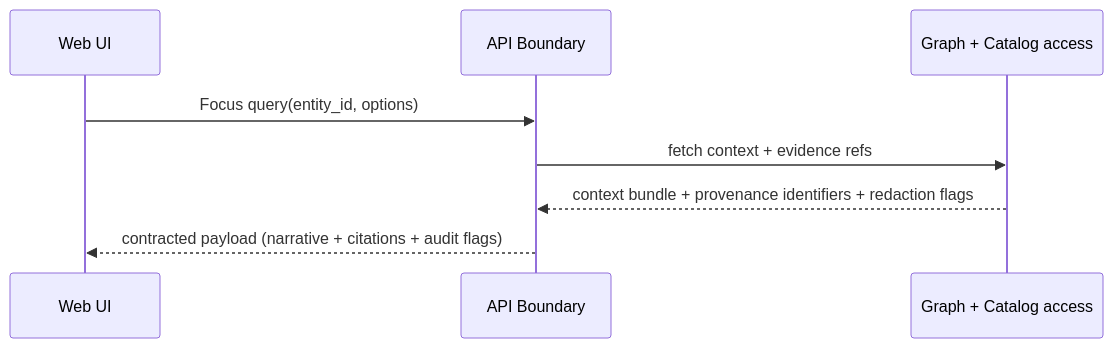
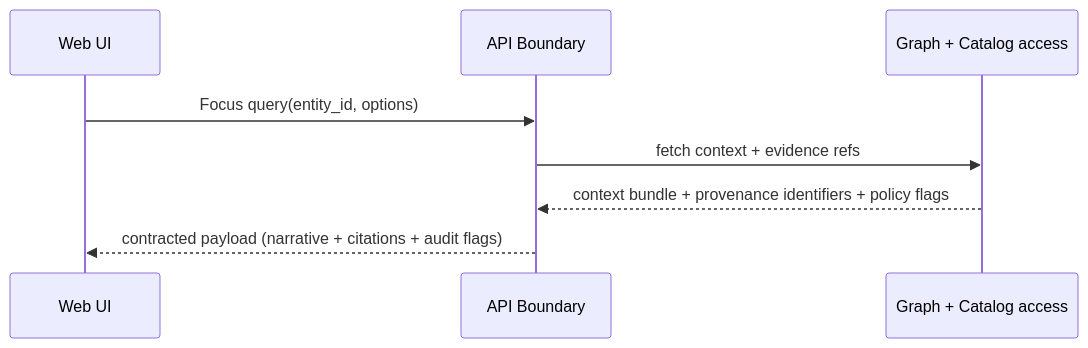
The second of 2 diagrams in web/src/README.md (bartytime4life/Kansas-Frontier-Matrix), drawn with Mermaid before and after one commit. The commit also changed other lines of this file, not shown here.

```diff
--- a/web/src/README.md
+++ b/web/src/README.md
@@ -225,11 +249,11 @@
 ~~~mermaid
 sequenceDiagram
   participant UI as Web UI
   participant API as API Boundary
   participant Graph as Graph + Catalog access
 
   UI->>API: Focus query(entity_id, options)
   API->>Graph: fetch context + evidence refs
-  Graph-->>API: context bundle + provenance identifiers + redaction flags
+  Graph-->>API: context bundle + provenance identifiers + policy flags
   API-->>UI: contracted payload (narrative + citations + audit flags)
 ~~~
```
